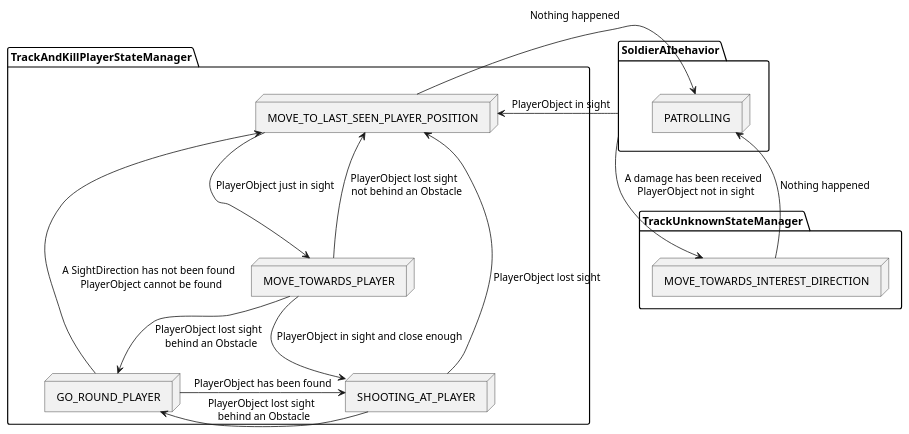
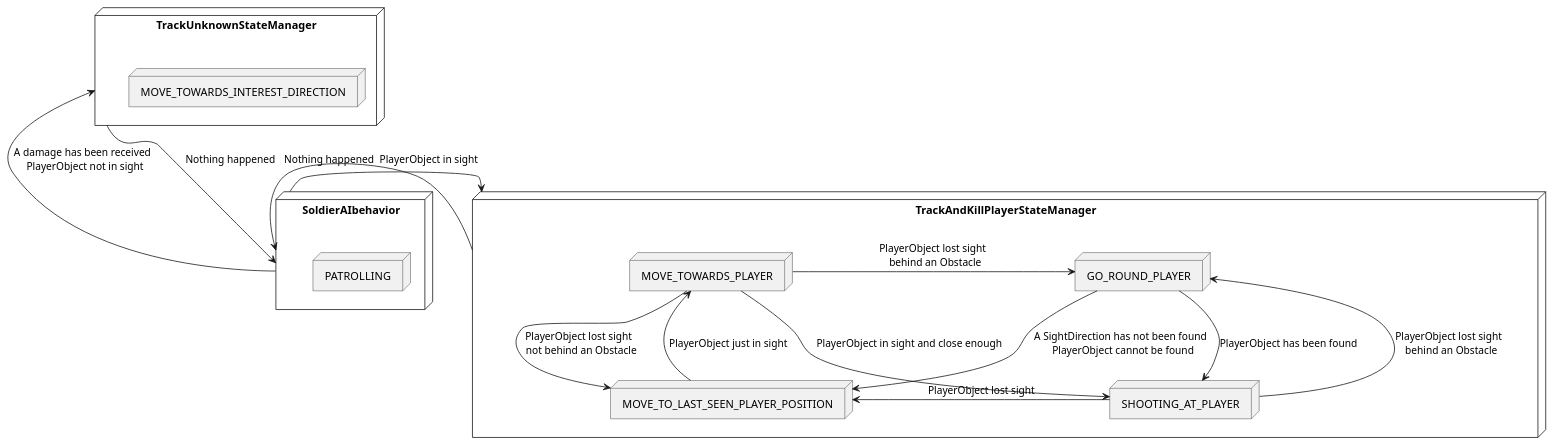
The diagram in Assets/Undefined/Logic/SoldierBehavior/SoliderBehavior.md (ldalzotto/ProjectUndefined-Prototype), drawn with PlantUML before and after one commit. The commit also changed 12 other files, not shown here.

`````diff
--- a/Assets/Undefined/Logic/SoldierBehavior/SoliderBehavior.md
+++ b/Assets/Undefined/Logic/SoldierBehavior/SoliderBehavior.md
@@ -5,34 +5,36 @@
 ````puml
-            package SoldierAIbehavior {
+            'default
+            top to bottom direction
+            node SoldierAIbehavior {
                 node PATROLLING
             }
            
-            package TrackAndKillPlayerStateManager {
+            node TrackAndKillPlayerStateManager {
                 node MOVE_TOWARDS_PLAYER
                 node GO_ROUND_PLAYER
                 node SHOOTING_AT_PLAYER
                 node MOVE_TO_LAST_SEEN_PLAYER_POSITION
             }
 
-            package TrackUnknownStateManager {
+            node TrackUnknownStateManager {
                 node MOVE_TOWARDS_INTEREST_DIRECTION
             }
 
-            SoldierAIbehavior -left-> MOVE_TO_LAST_SEEN_PLAYER_POSITION : PlayerObject in sight
-            MOVE_TO_LAST_SEEN_PLAYER_POSITION -> PATROLLING : Nothing happened
+            SoldierAIbehavior -> TrackAndKillPlayerStateManager : PlayerObject in sight
+            TrackAndKillPlayerStateManager -> SoldierAIbehavior : Nothing happened
 
             MOVE_TOWARDS_PLAYER -down-> SHOOTING_AT_PLAYER : PlayerObject in sight and close enough
             MOVE_TOWARDS_PLAYER -> GO_ROUND_PLAYER : PlayerObject lost sight \n behind an Obstacle
             MOVE_TOWARDS_PLAYER -> MOVE_TO_LAST_SEEN_PLAYER_POSITION : PlayerObject lost sight \n not behind an Obstacle
 
             SHOOTING_AT_PLAYER -> GO_ROUND_PLAYER : PlayerObject lost sight \n behind an Obstacle
             SHOOTING_AT_PLAYER -> MOVE_TO_LAST_SEEN_PLAYER_POSITION : PlayerObject lost sight
 
             GO_ROUND_PLAYER -> SHOOTING_AT_PLAYER : PlayerObject has been found
             GO_ROUND_PLAYER -up-> MOVE_TO_LAST_SEEN_PLAYER_POSITION : A SightDirection has not been found \n PlayerObject cannot be found
 
             MOVE_TO_LAST_SEEN_PLAYER_POSITION -down-> MOVE_TOWARDS_PLAYER : PlayerObject just in sight
 
-            SoldierAIbehavior -down-> MOVE_TOWARDS_INTEREST_DIRECTION : A damage has been received \n PlayerObject not in sight
-            MOVE_TOWARDS_INTEREST_DIRECTION -> PATROLLING : Nothing happened
+            SoldierAIbehavior -> TrackUnknownStateManager : A damage has been received \n PlayerObject not in sight
+            TrackUnknownStateManager --> SoldierAIbehavior : Nothing happened
 ````
`````
